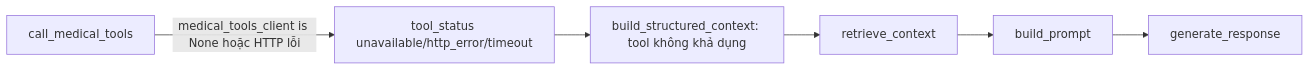
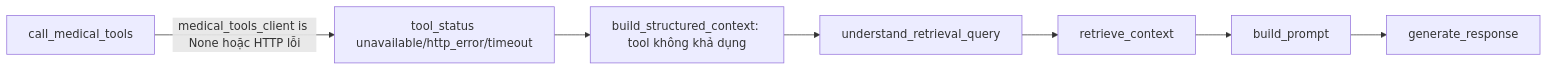
One commit to Ngoc-Quy-az1/VitalAI changed diagram 14 of 15 in doc/LangGraph_Tree.md. Above: the diagram before and after it, drawn with Mermaid. The commit also changed other lines of this file and 31 other files, not shown here.

````diff
--- a/doc/LangGraph_Tree.md
+++ b/doc/LangGraph_Tree.md
@@ -588,6 +658,6 @@
 ```mermaid
 flowchart LR
     call_medical_tools -->|"medical_tools_client is None hoặc HTTP lỗi"| unavailable["tool_status unavailable/http_error/timeout"]
     unavailable --> structured["build_structured_context: tool không khả dụng"]
-    structured --> retrieve_context --> build_prompt --> generate_response
+    structured --> understand_retrieval_query --> retrieve_context --> build_prompt --> generate_response
 ```
````
